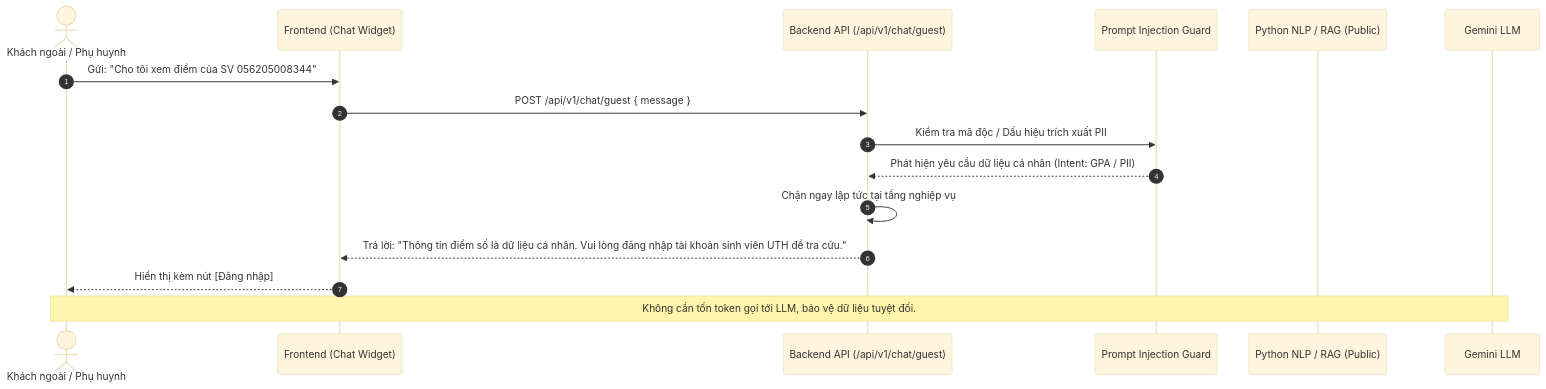
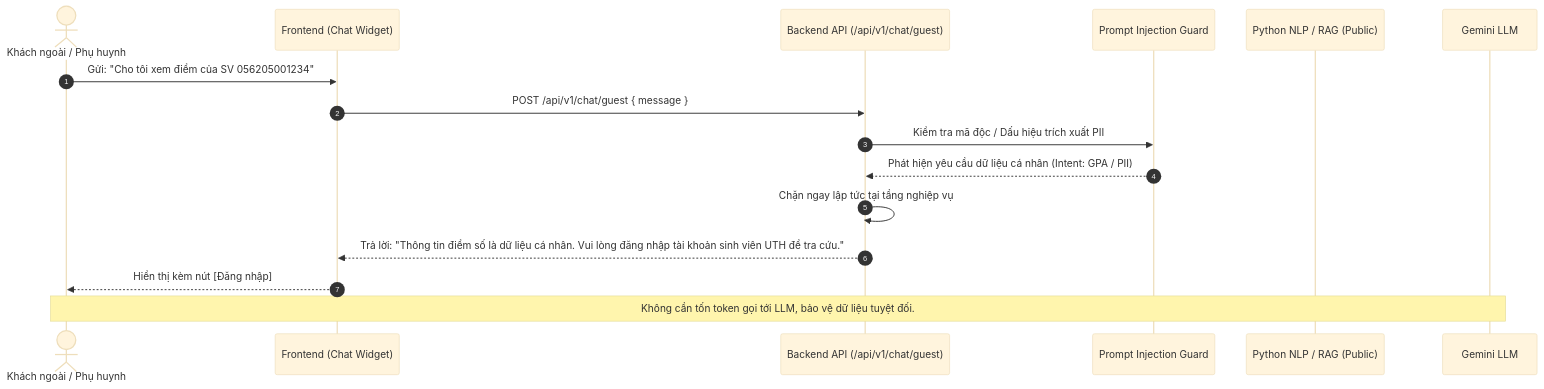
Before and after one commit to leminhhuy1122/Bot-UTH: the second of 3 diagrams in docs/ARCHITECTURE.md, drawn with Mermaid (base theme). The commit also changed other lines of this file and 26 other files, not shown here.

````diff
--- a/docs/ARCHITECTURE.md
+++ b/docs/ARCHITECTURE.md
@@ -92,20 +92,20 @@
 ```mermaid
 sequenceDiagram
     autonumber
     actor Guest as Khách ngoài / Phụ huynh
     participant FE as Frontend (Chat Widget)
     participant BE as Backend API (/api/v1/chat/guest)
     participant Guard as Prompt Injection Guard
     participant NLP as Python NLP / RAG (Public)
     participant AI as Gemini LLM
 
-    Guest->>FE: Gửi: "Cho tôi xem điểm của SV 056205008344"
+    Guest->>FE: Gửi: "Cho tôi xem điểm của SV 056205001234"
     FE->>BE: POST /api/v1/chat/guest { message }
     BE->>Guard: Kiểm tra mã độc / Dấu hiệu trích xuất PII
     Guard-->>BE: Phát hiện yêu cầu dữ liệu cá nhân (Intent: GPA / PII)
     BE->>BE: Chặn ngay lập tức tại tầng nghiệp vụ
     BE-->>FE: Trả lời: "Thông tin điểm số là dữ liệu cá nhân. Vui lòng đăng nhập tài khoản sinh viên UTH để tra cứu."
     FE-->>Guest: Hiển thị kèm nút [Đăng nhập]
 
     Note over Guest,AI: Không cần tốn token gọi tới LLM, bảo vệ dữ liệu tuyệt đối.
 ```
````
